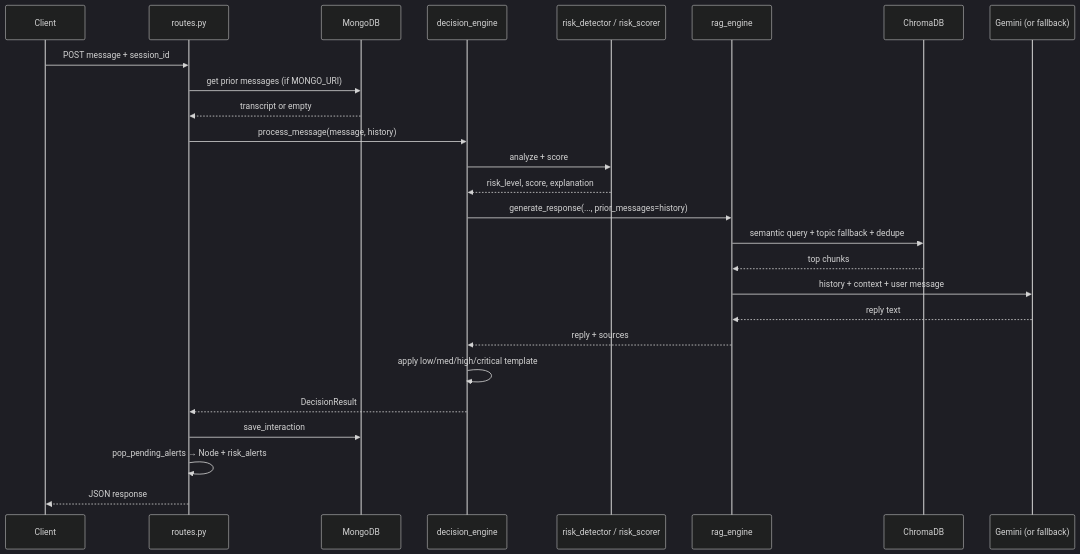
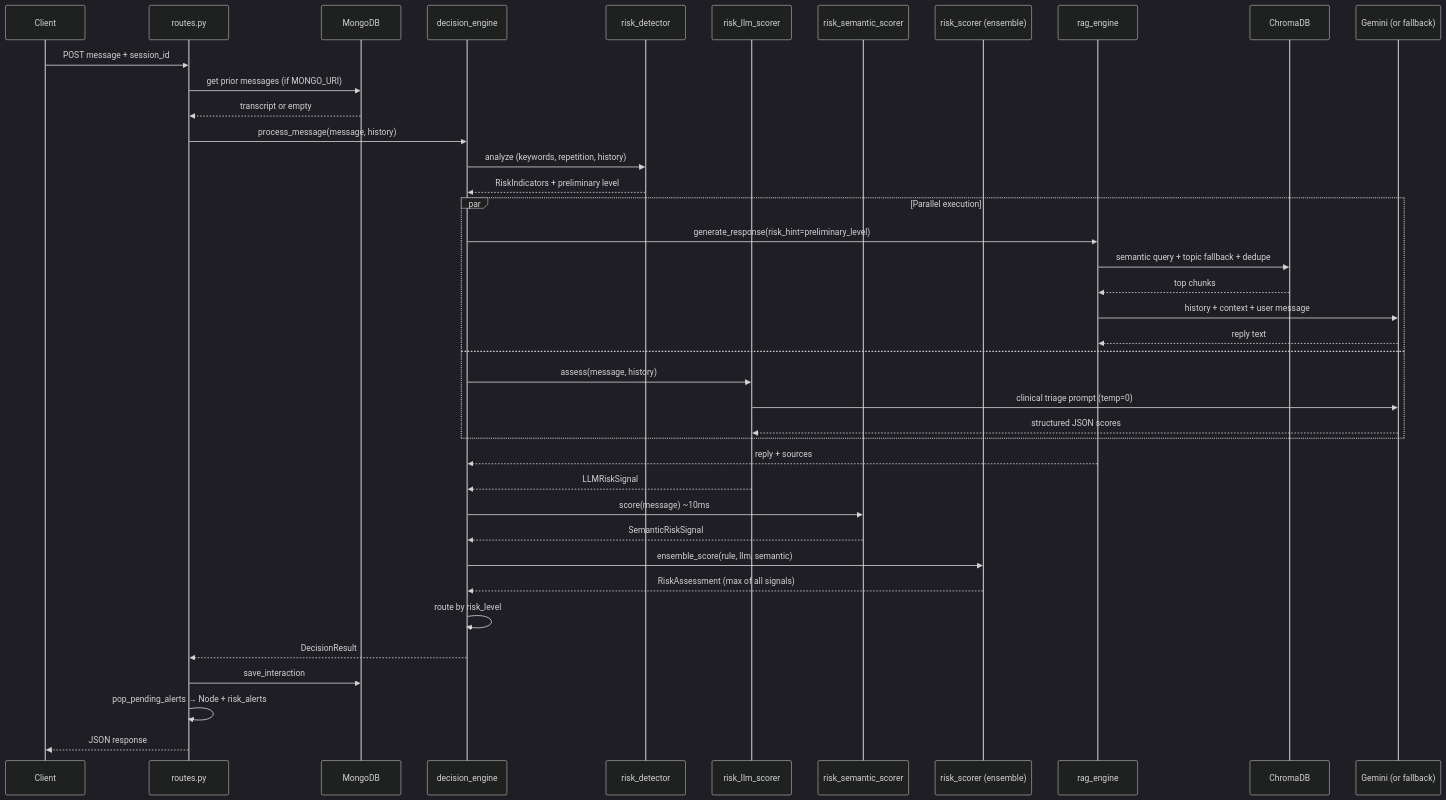
The second of 7 diagrams in buddy/README.md (Shivanshu-Kashyap/MANN-MITRA), drawn with Mermaid (dark theme) before and after one commit. The commit also changed other lines of this file and 22 other files, not shown here.

First line of the commit message:
Add multi-signal risk ensemble (LLM + semantic)

````diff
--- a/buddy/README.md
+++ b/buddy/README.md
@@ -143,29 +158,43 @@
 ```mermaid
 sequenceDiagram
     participant C as Client
     participant API as routes.py
     participant M as MongoDB
     participant DE as decision_engine
-    participant Risk as risk_detector / risk_scorer
+    participant RD as risk_detector
+    participant LLMRisk as risk_llm_scorer
+    participant Sem as risk_semantic_scorer
+    participant RS as risk_scorer (ensemble)
     participant RAG as rag_engine
     participant V as ChromaDB
     participant LLM as Gemini (or fallback)
 
     C->>API: POST message + session_id
     API->>M: get prior messages (if MONGO_URI)
     M-->>API: transcript or empty
     API->>DE: process_message(message, history)
-    DE->>Risk: analyze + score
-    Risk-->>DE: risk_level, score, explanation
-    DE->>RAG: generate_response(..., prior_messages=history)
-    RAG->>V: semantic query + topic fallback + dedupe
-    V-->>RAG: top chunks
-    RAG->>LLM: history + context + user message
-    LLM-->>RAG: reply text
+    DE->>RD: analyze (keywords, repetition, history)
+    RD-->>DE: RiskIndicators + preliminary level
+    par Parallel execution
+        DE->>RAG: generate_response(risk_hint=preliminary_level)
+        RAG->>V: semantic query + topic fallback + dedupe
+        V-->>RAG: top chunks
+        RAG->>LLM: history + context + user message
+        LLM-->>RAG: reply text
+    and
+        DE->>LLMRisk: assess(message, history)
+        LLMRisk->>LLM: clinical triage prompt (temp=0)
+        LLM-->>LLMRisk: structured JSON scores
+    end
     RAG-->>DE: reply + sources
-    DE->>DE: apply low/med/high/critical template
+    LLMRisk-->>DE: LLMRiskSignal
+    DE->>Sem: score(message) ~10ms
+    Sem-->>DE: SemanticRiskSignal
+    DE->>RS: ensemble_score(rule, llm, semantic)
+    RS-->>DE: RiskAssessment (max of all signals)
+    DE->>DE: route by risk_level
     DE-->>API: DecisionResult
     API->>M: save_interaction
     API->>API: pop_pending_alerts → Node + risk_alerts
     API-->>C: JSON response
 ```
````
